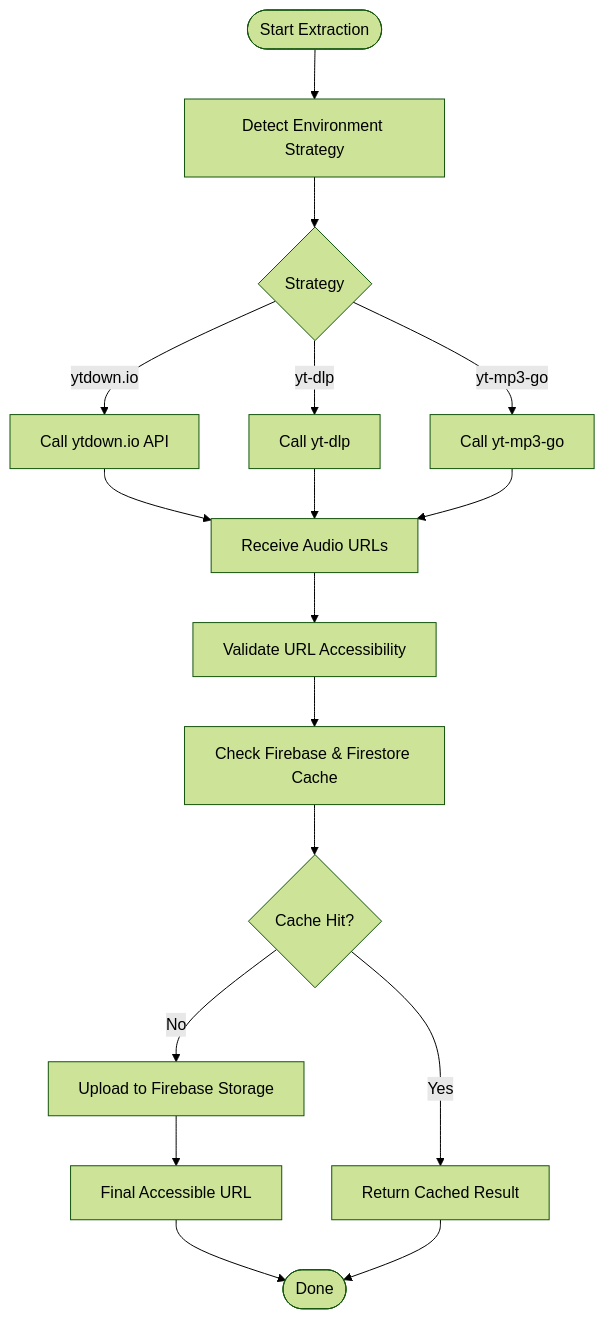
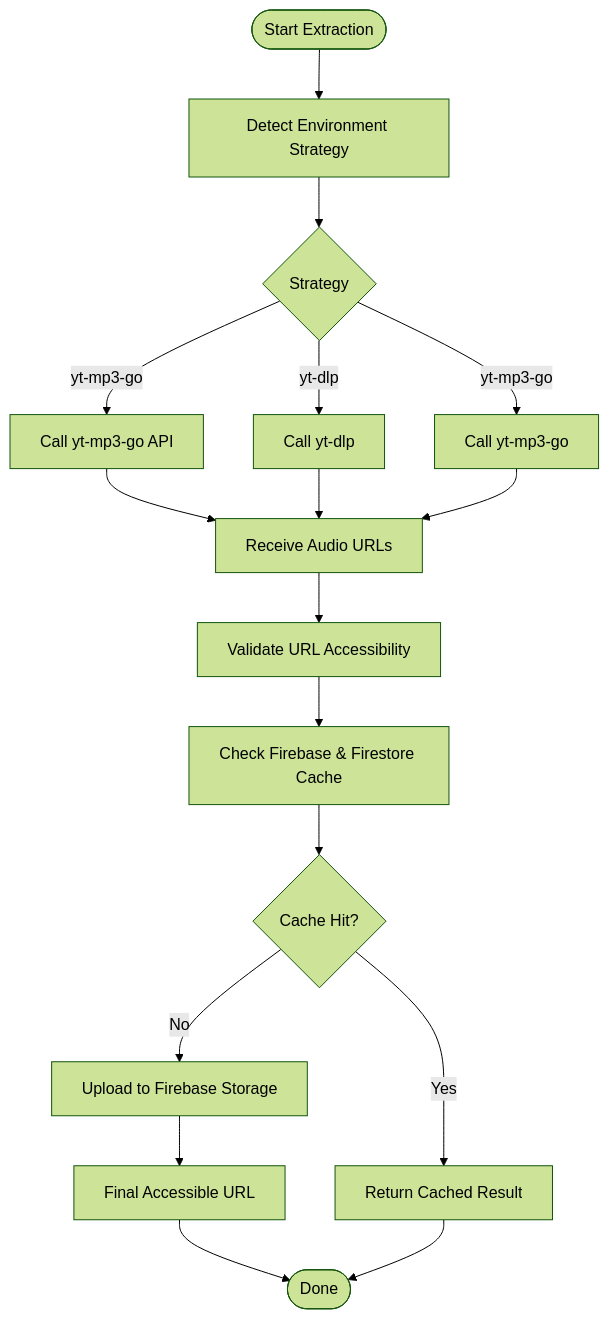
Before and after one commit to ptnghia-j/ChordMiniApp: the third of 7 diagrams in .qoder/repowiki/en/content/Audio Processing and Analysis/Audio Pipeline.md, drawn with Mermaid (forest theme). The commit also changed other lines of this file and 18 other files, not shown here.

````diff
--- a/.qoder/repowiki/en/content/Audio Processing and Analysis/Audio Pipeline.md
+++ b/.qoder/repowiki/en/content/Audio Processing and Analysis/Audio Pipeline.md
@@ -156,19 +156,19 @@
 ```mermaid
 flowchart TD
 Start(["Start Extraction"]) --> DetectEnv["Detect Environment Strategy"]
 DetectEnv --> ChooseSvc{"Strategy"}
-ChooseSvc --> |ytdown.io| CallYT["Call ytdown.io API"]
+ChooseSvc --> |yt-mp3-go| CallYT["Call yt-mp3-go API"]
 ChooseSvc --> |yt-dlp| CallYTDL["Call yt-dlp"]
 ChooseSvc --> |yt-mp3-go| CallYTM["Call yt-mp3-go"]
 CallYT --> GotURLs["Receive Audio URLs"]
 CallYTDL --> GotURLs
 CallYTM --> GotURLs
 GotURLs --> ValidateURL["Validate URL Accessibility"]
 ValidateURL --> CacheCheck["Check Firebase & Firestore Cache"]
 CacheCheck --> CacheHit{"Cache Hit?"}
 CacheHit --> |Yes| ReturnCache["Return Cached Result"]
 CacheHit --> |No| Upload["Upload to Firebase Storage"]
 Upload --> FinalURL["Final Accessible URL"]
 FinalURL --> Done(["Done"])
 ReturnCache --> Done
 ```
````
